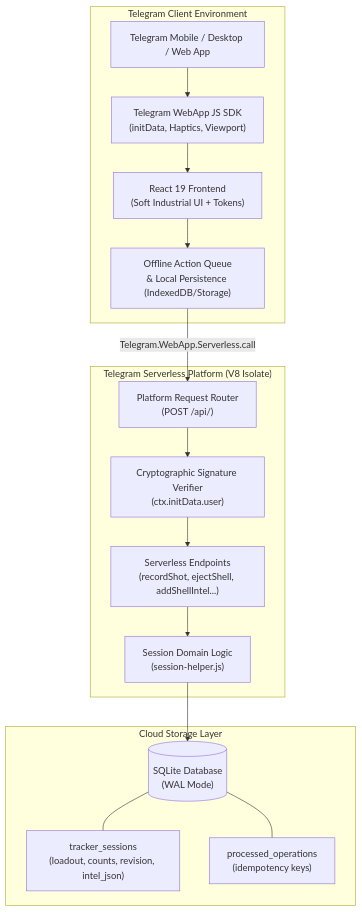
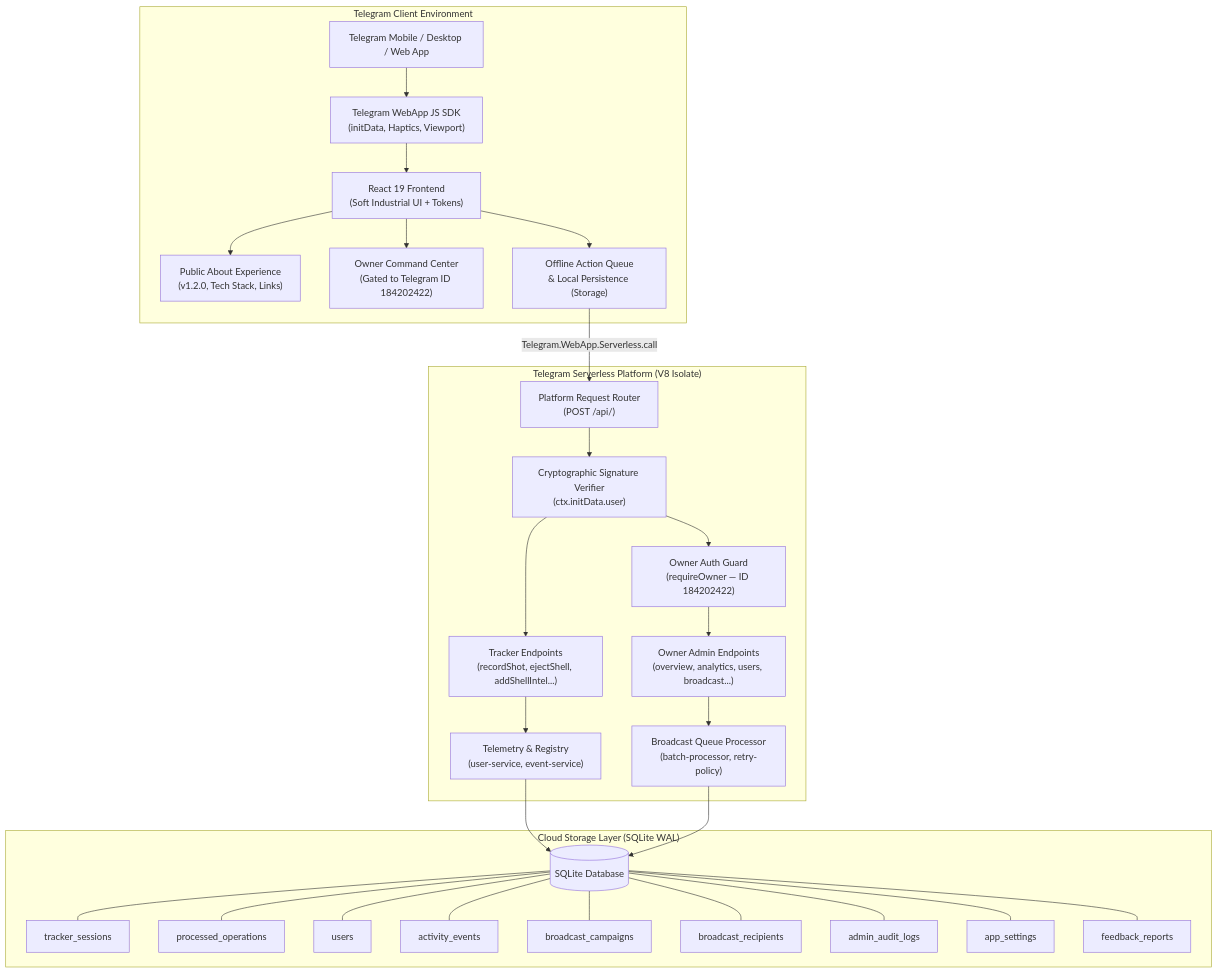
Before and after one commit to Greenhawk5/Buckshot-Tracker: the diagram in docs/architecture.md, drawn with Mermaid. The commit also changed other lines of this file and 89 other files, not shown here.

Commit message:
feat(v1.2.0): implement public about page and owner command center with full telemetry, broadcast, and security suite

````diff
--- a/docs/architecture.md
+++ b/docs/architecture.md
@@ -9,33 +9,58 @@
 ```mermaid
 graph TD
     subgraph Client["Telegram Client Environment"]
         TG["Telegram Mobile / Desktop / Web App"]
         SDK["Telegram WebApp JS SDK\n(initData, Haptics, Viewport)"]
         UI["React 19 Frontend\n(Soft Industrial UI + Tokens)"]
-        Queue["Offline Action Queue\n& Local Persistence (IndexedDB/Storage)"]
+        About["Public About Experience\n(v1.2.0, Tech Stack, Links)"]
+        Owner["Owner Command Center\n(Gated to Telegram ID 184202422)"]
+        Queue["Offline Action Queue\n& Local Persistence (Storage)"]
     end
 
     subgraph Cloud["Telegram Serverless Platform (V8 Isolate)"]
         Router["Platform Request Router\n(POST /api/<endpoint>)"]
         Auth["Cryptographic Signature Verifier\n(ctx.initData.user)"]
-        EP["Serverless Endpoints\n(recordShot, ejectShell, addShellIntel...)"]
-        Helper["Session Domain Logic\n(session-helper.js)"]
+        OwnerGuard["Owner Auth Guard\n(requireOwner — ID 184202422)"]
+        TrackerEP["Tracker Endpoints\n(recordShot, ejectShell, addShellIntel...)"]
+        OwnerEP["Owner Admin Endpoints\n(overview, analytics, users, broadcast...)"]
+        Telemetry["Telemetry & Registry\n(user-service, event-service)"]
+        BroadcastWorker["Broadcast Queue Processor\n(batch-processor, retry-policy)"]
     end
 
-    subgraph Storage["Cloud Storage Layer"]
-        DB[("SQLite Database\n(WAL Mode)")]
-        T1["tracker_sessions\n(loadout, counts, revision, intel_json)"]
-        T2["processed_operations\n(idempotency keys)"]
+    subgraph Storage["Cloud Storage Layer (SQLite WAL)"]
+        DB[("SQLite Database")]
+        T1["tracker_sessions"]
+        T2["processed_operations"]
+        T3["users"]
+        T4["activity_events"]
+        T5["broadcast_campaigns"]
+        T6["broadcast_recipients"]
+        T7["admin_audit_logs"]
+        T8["app_settings"]
+        T9["feedback_reports"]
     end
 
     TG --> SDK
     SDK --> UI
+    UI --> About
+    UI --> Owner
     UI --> Queue
     Queue -->|"Telegram.WebApp.Serverless.call"| Router
     Router --> Auth
-    Auth --> EP
-    EP --> Helper
-    Helper --> DB
+    Auth --> TrackerEP
+    Auth --> OwnerGuard
+    OwnerGuard --> OwnerEP
+    TrackerEP --> Telemetry
+    OwnerEP --> BroadcastWorker
+    Telemetry --> DB
+    BroadcastWorker --> DB
     DB --- T1
     DB --- T2
+    DB --- T3
+    DB --- T4
+    DB --- T5
+    DB --- T6
+    DB --- T7
+    DB --- T8
+    DB --- T9
 ```
````
